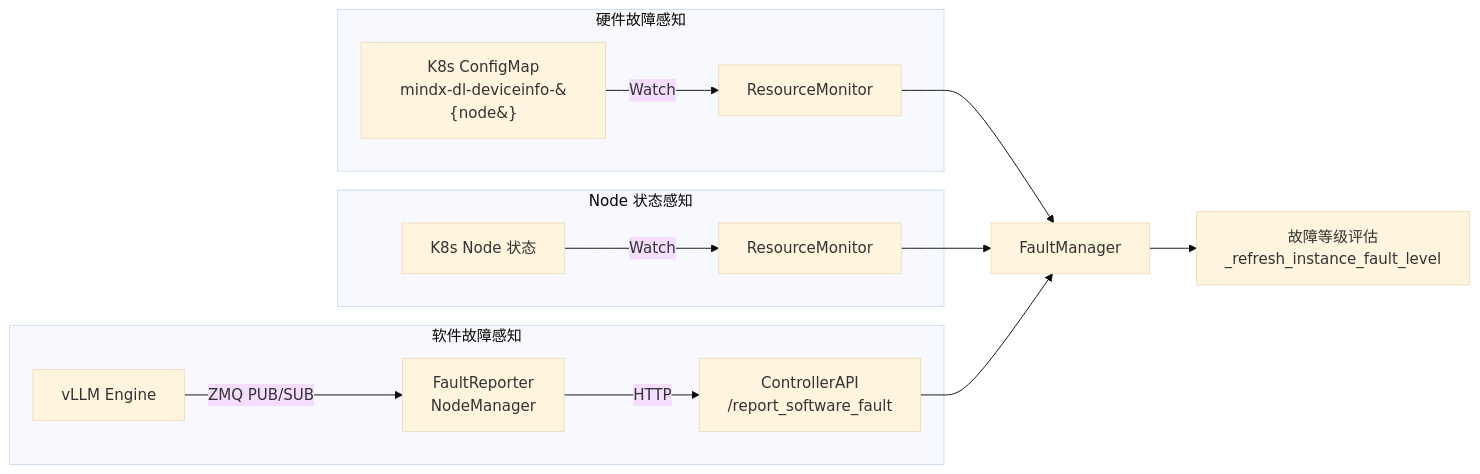
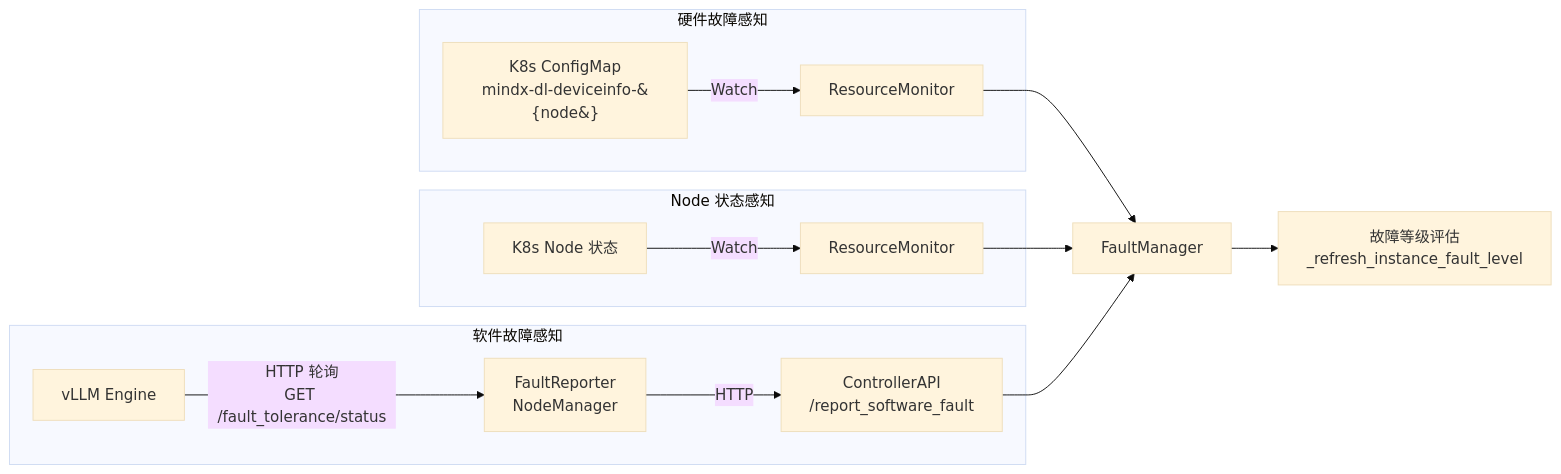
Before and after one commit to Ascend/MindIE-Motor: the tenth of 10 diagrams in docs/zh/developer_guide/components/controller.md, drawn with Mermaid (base theme). The commit also changed 10 other files, not shown here.

First paragraph of the commit message:
[Feature] FaultReporter 对齐 vLLM FT 框架：ZMQ 订阅改为 HTTP 轮询

````diff
--- a/docs/zh/developer_guide/components/controller.md
+++ b/docs/zh/developer_guide/components/controller.md
@@ -510,17 +510,17 @@
 ```mermaid
 flowchart LR
     subgraph HW[硬件故障感知]
         CM["K8s ConfigMap<br/>mindx-dl-deviceinfo-&#123;node&#125;"] -->|Watch| RM_HW[ResourceMonitor]
     end
     subgraph Node[Node 状态感知]
         K8sNode[K8s Node 状态] -->|Watch| RM_Node[ResourceMonitor]
     end
     subgraph SW[软件故障感知]
-        Engine[vLLM Engine] -->|ZMQ PUB/SUB| FR[FaultReporter<br/>NodeManager]
+        Engine[vLLM Engine] -->|HTTP 轮询<br/>GET /fault_tolerance/status| FR[FaultReporter<br/>NodeManager]
         FR -->|HTTP| API[ControllerAPI<br/>/report_software_fault]
     end
     RM_HW --> FM[FaultManager]
     RM_Node --> FM
     API --> FM
     FM --> Eval[故障等级评估<br/>_refresh_instance_fault_level]
 ```
````
